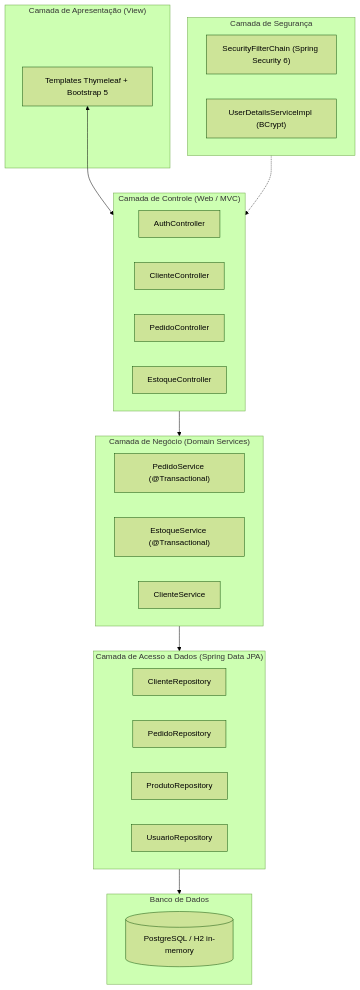
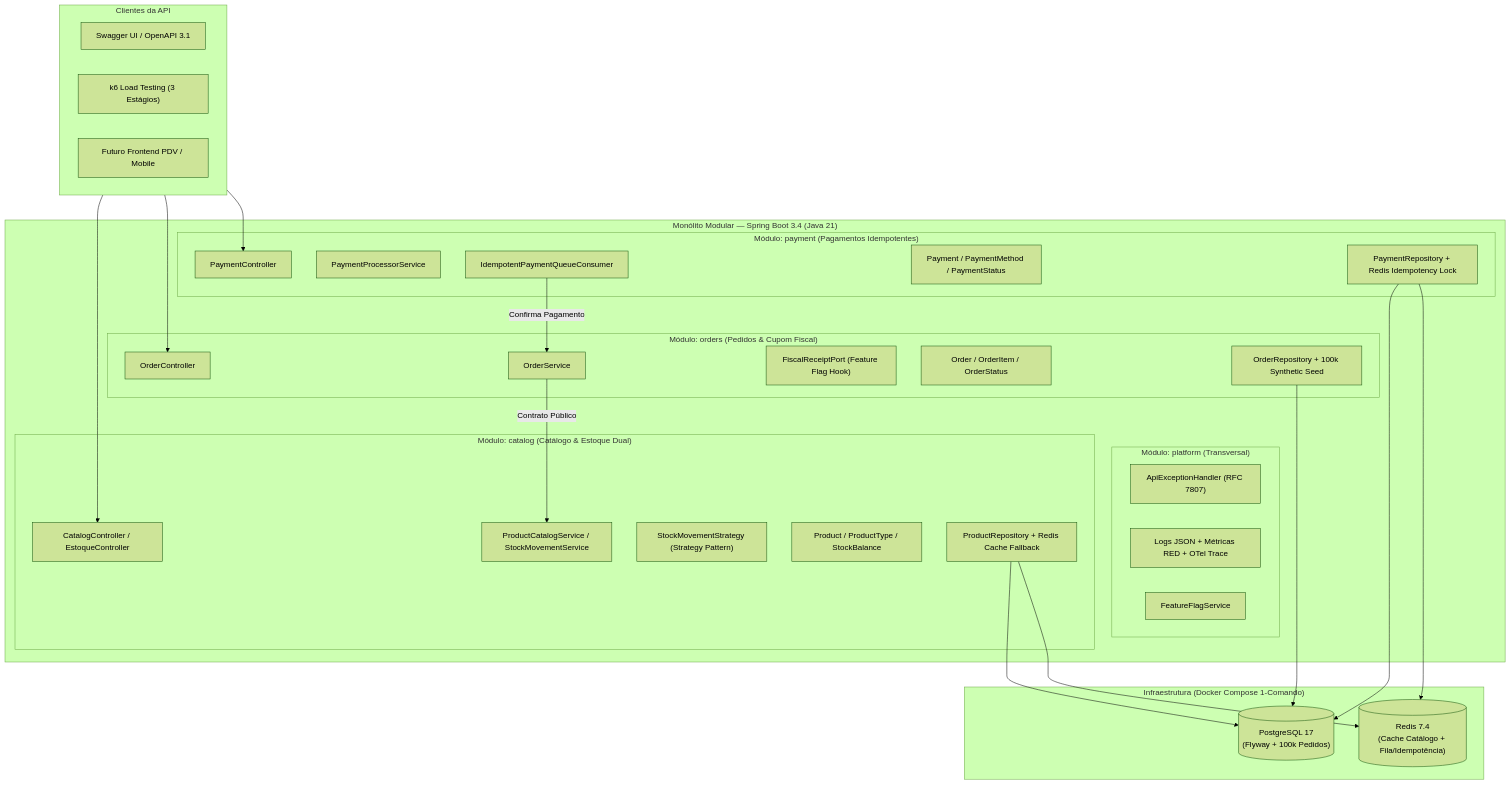
The diagram in docs/especificacao-formal.md (marcondesjr89/gerenciador-vendas-agua), drawn with Mermaid (forest theme) before and after one commit. The commit also changed other lines of this file, not shown here.

Commit message:
docs: atualizar especificacao formal (SRS v2.0.0) para arquitetura monolito modular API-First

````diff
--- a/docs/especificacao-formal.md
+++ b/docs/especificacao-formal.md
@@ -58,41 +33,52 @@
 ```mermaid
 flowchart TD
-    subgraph UI ["Camada de Apresentação (View)"]
-        HTML["Templates Thymeleaf + Bootstrap 5"]
+    subgraph Client ["Clientes da API"]
+        SWAGGER["Swagger UI / OpenAPI 3.1"]
+        K6["k6 Load Testing (3 Estágios)"]
+        EXT["Futuro Frontend PDV / Mobile"]
     end
 
-    subgraph Controller ["Camada de Controle (Web / MVC)"]
-        AUTH_CTRL["AuthController"]
-        CLI_CTRL["ClienteController"]
-        PED_CTRL["PedidoController"]
-        EST_CTRL["EstoqueController"]
+    subgraph App ["Monólito Modular — Spring Boot 3.4 (Java 21)"]
+        subgraph Platform ["Módulo: platform (Transversal)"]
+            ERR["ApiExceptionHandler (RFC 7807)"]
+            OBS["Logs JSON + Métricas RED + OTel Trace"]
+            FF["FeatureFlagService"]
+        end
+
+        subgraph Catalog ["Módulo: catalog (Catálogo & Estoque Dual)"]
+            CAT_API["CatalogController / EstoqueController"]
+            CAT_APP["ProductCatalogService / StockMovementService"]
+            CAT_STRAT["StockMovementStrategy (Strategy Pattern)"]
+            CAT_DOM["Product / ProductType / StockBalance"]
+            CAT_INF["ProductRepository + Redis Cache Fallback"]
+        end
+
+        subgraph Orders ["Módulo: orders (Pedidos & Cupom Fiscal)"]
+            ORD_API["OrderController"]
+            ORD_APP["OrderService"]
+            ORD_PORT["FiscalReceiptPort (Feature Flag Hook)"]
+            ORD_DOM["Order / OrderItem / OrderStatus"]
+            ORD_INF["OrderRepository + 100k Synthetic Seed"]
+        end
+
+        subgraph Payment ["Módulo: payment (Pagamentos Idempotentes)"]
+            PAY_API["PaymentController"]
+            PAY_APP["PaymentProcessorService"]
+            PAY_QUEUE["IdempotentPaymentQueueConsumer"]
+            PAY_DOM["Payment / PaymentMethod / PaymentStatus"]
+            PAY_INF["PaymentRepository + Redis Idempotency Lock"]
+        end
     end
 
-    subgraph Security ["Camada de Segurança"]
-        SEC_CFG["SecurityFilterChain (Spring Security 6)"]
-        USER_DETAILS["UserDetailsServiceImpl (BCrypt)"]
+    subgraph Infra ["Infraestrutura (Docker Compose 1-Comando)"]
+        PG[("PostgreSQL 17\n(Flyway + 100k Pedidos)")]
+        REDIS[("Redis 7.4\n(Cache Catálogo + Fila/Idempotência)")]
     end
 
-    subgraph Service ["Camada de Negócio (Domain Services)"]
-        PED_SRV["PedidoService (@Transactional)"]
-        EST_SRV["EstoqueService (@Transactional)"]
-        CLI_SRV["ClienteService"]
-    end
-
-    subgraph Data ["Camada de Acesso a Dados (Spring Data JPA)"]
-        REP_CLI["ClienteRepository"]
-        REP_PED["PedidoRepository"]
-        REP_PROD["ProdutoRepository"]
-        REP_USR["UsuarioRepository"]
-    end
-
-    subgraph DB ["Banco de Dados"]
-        PG[("PostgreSQL / H2 in-memory")]
-    end
-
-    HTML <--> Controller
-    Security -.-> Controller
-    Controller --> Service
-    Service --> Data
-    Data --> DB
+    Client --> CAT_API & ORD_API & PAY_API
+    ORD_APP -->|Contrato Público| CAT_APP
+    PAY_QUEUE -->|Confirma Pagamento| ORD_APP
+    CAT_INF --> PG & REDIS
+    ORD_INF --> PG
+    PAY_INF --> PG & REDIS
 ```
````
